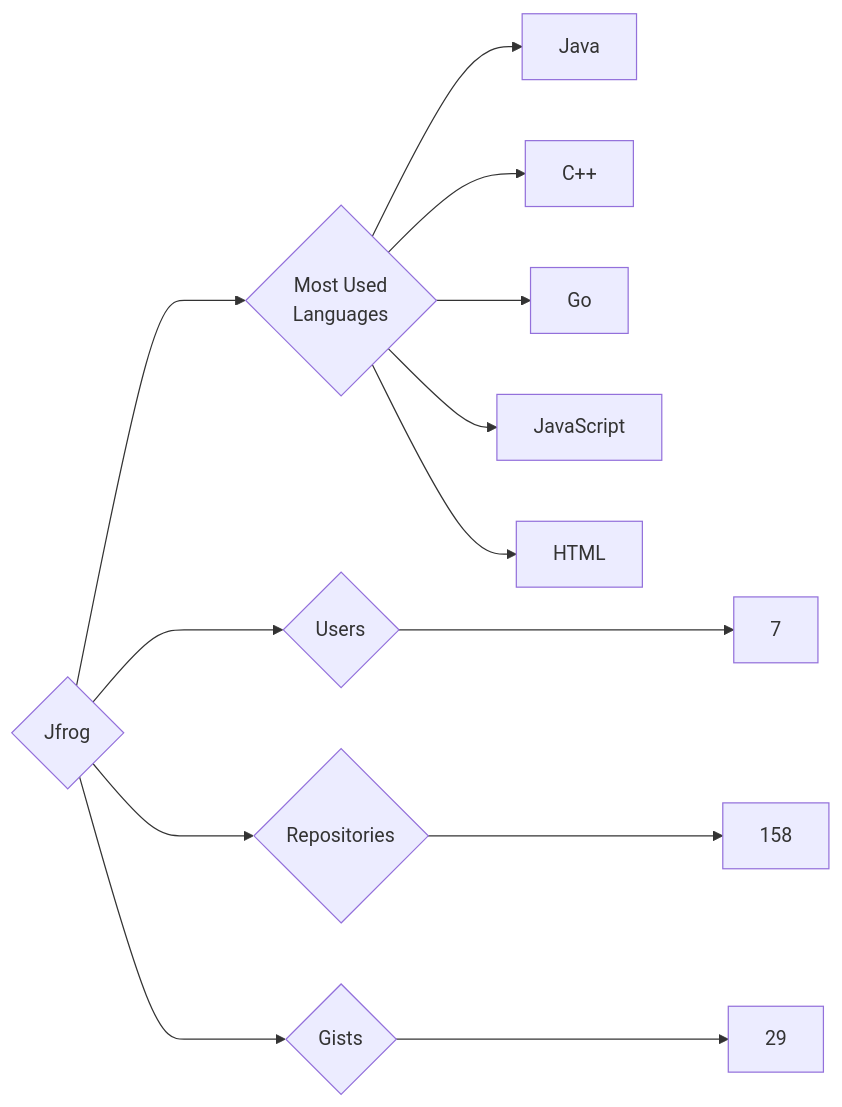
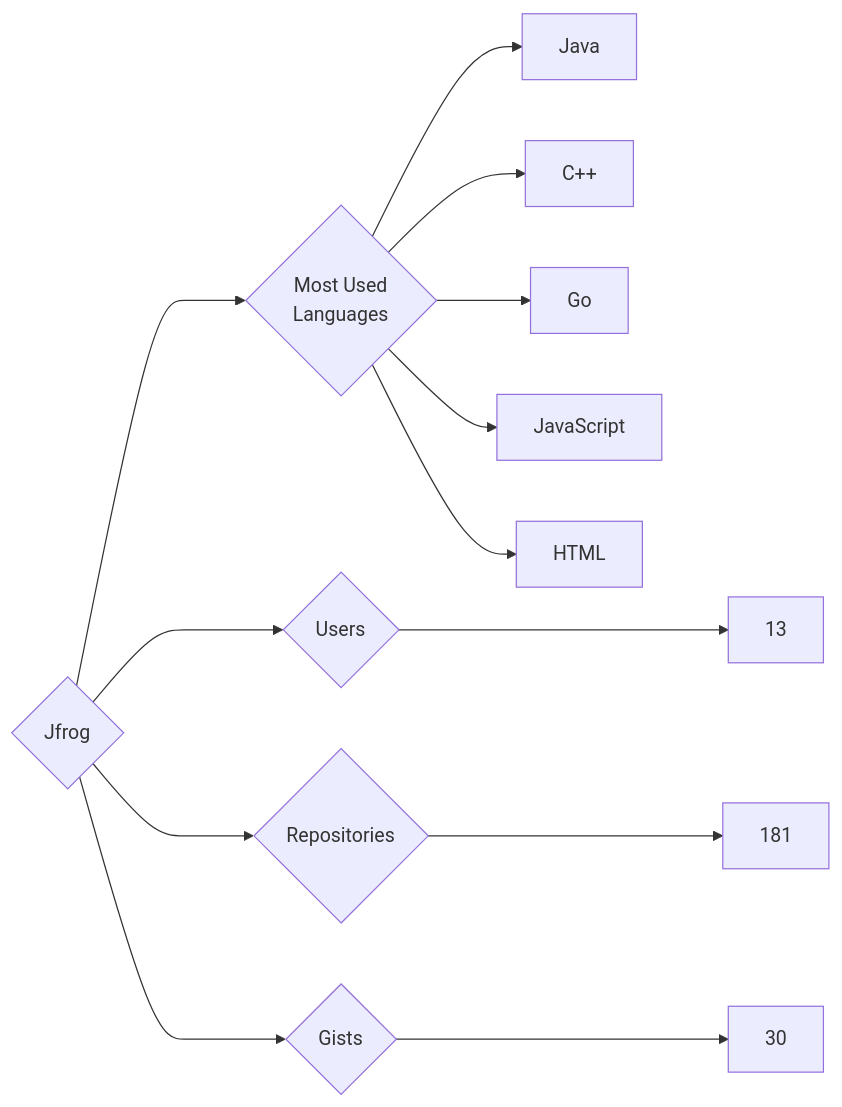
Before and after one commit to trickest/insiders: the diagram in targets/Jfrog/README.md, drawn with Mermaid. The commit also changed 838 other files, not shown here.

````diff
--- a/targets/Jfrog/README.md
+++ b/targets/Jfrog/README.md
@@ -3,13 +3,13 @@
 ```mermaid
 graph LR
 COMPANY_NAME{Jfrog}
-COMPANY_NAME ---> U{Users} ---> UN[7]
-COMPANY_NAME ---> R{Repositories} ---> RN[158]
-COMPANY_NAME ---> G{Gists} ---> GN[29]
+COMPANY_NAME ---> U{Users} ---> UN[13]
+COMPANY_NAME ---> R{Repositories} ---> RN[181]
+COMPANY_NAME ---> G{Gists} ---> GN[30]
 COMPANY_NAME ---> ML{Most Used<br>Languages}
 ML --> Java[Java]
 ML --> C++[C++]
 ML --> Go[Go]
 ML --> JavaScript[JavaScript]
 ML --> HTML[HTML]
 ```
````
